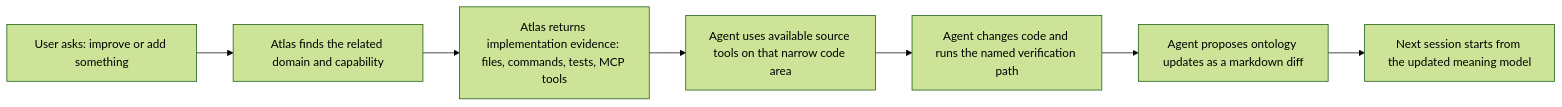
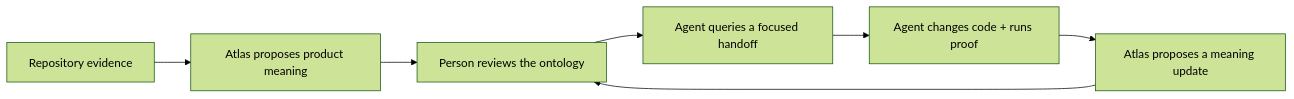
One commit to wlsdks/ontology-atlas changed the diagram in README.md. Above: the diagram before and after it, drawn with Mermaid (forest theme). The commit also changed other lines of this file and 17 other files, not shown here.

````diff
--- a/README.md
+++ b/README.md
@@ -111,9 +73,9 @@
 ```mermaid
 flowchart LR
-  A["User asks: improve or add something"] --> B["Atlas finds the related domain and capability"]
-  B --> C["Atlas returns implementation evidence: files, commands, tests, MCP tools"]
-  C --> D["Agent uses available source tools on that narrow code area"]
-  D --> E["Agent changes code and runs the named verification path"]
-  E --> F["Agent proposes ontology updates as a markdown diff"]
-  F --> G["Next session starts from the updated meaning model"]
+  A["Repository evidence"] --> B["Atlas proposes product meaning"]
+  B --> C["Person reviews the ontology"]
+  C --> D["Agent queries a focused handoff"]
+  D --> E["Agent changes code + runs proof"]
+  E --> F["Atlas proposes a meaning update"]
+  F --> C
 ```
````
